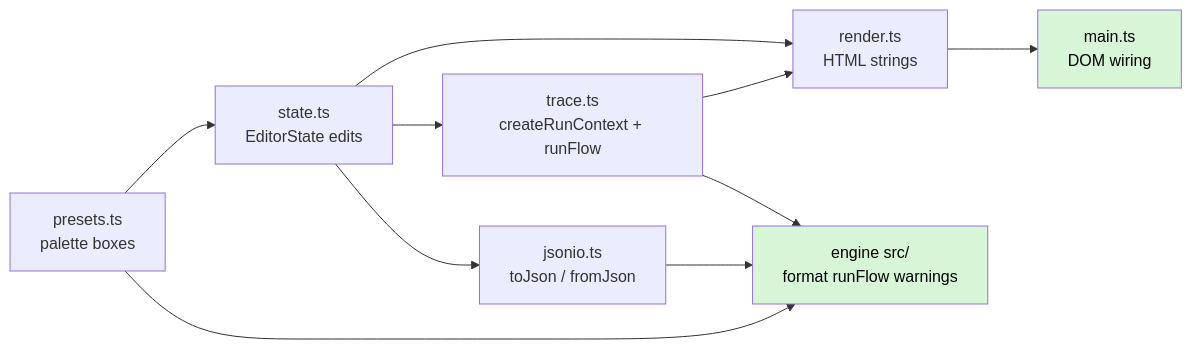
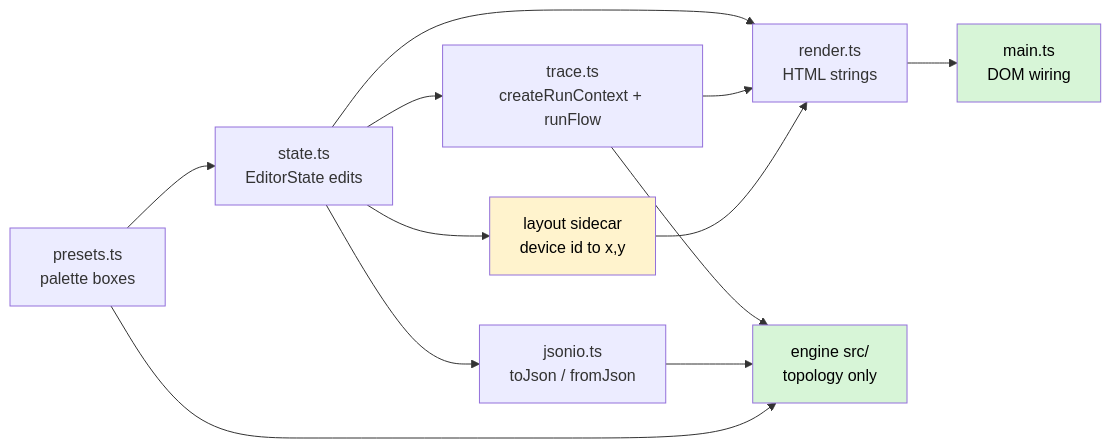
One commit to alanfong93/network-sandbox changed the third of 4 diagrams in docs/architecture.md. Above: the diagram before and after it, drawn with Mermaid. The commit also changed other lines of this file and 4 other files, not shown here.

````diff
--- a/docs/architecture.md
+++ b/docs/architecture.md
@@ -174,14 +179,17 @@
 ```mermaid
 flowchart LR
     P[presets.ts<br>palette boxes] --> S[state.ts<br>EditorState edits]
     S --> R[render.ts<br>HTML strings]
     S --> T[trace.ts<br>createRunContext + runFlow]
     T --> R
     S --> J[jsonio.ts<br>toJson / fromJson]
+    S --> LY[layout sidecar<br>device id to x,y]
+    LY --> R
     R --> M[main.ts<br>DOM wiring]
-    T --> E[engine src/<br>format  runFlow  warnings]
+    T --> E[engine src/<br>topology only]
     J --> E
     P --> E
     style E fill:#d7f5d7,color:#000
     style M fill:#d7f5d7,color:#000
+    style LY fill:#fff3cd,color:#000
 ```
````
